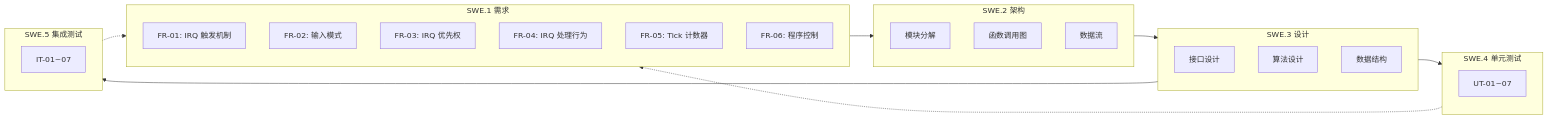
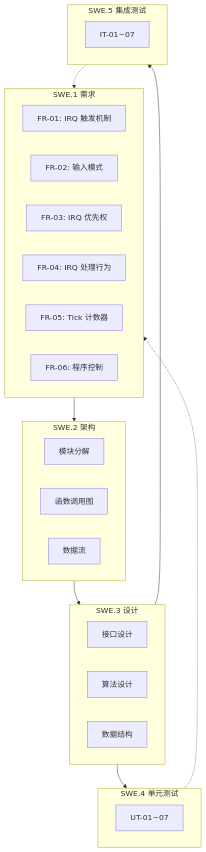
One commit to Shuming-Yang/trae-test changed the second of 2 diagrams in docs/index_cn.md. Above: the diagram before and after it, drawn with Mermaid. The commit also changed 2 other files, not shown here.

Commit message:
[BACKEND] Update index page

````diff
--- a/docs/index_cn.md
+++ b/docs/index_cn.md
@@ -66,38 +66,38 @@
 ```mermaid
-flowchart LR
+flowchart TB
     subgraph REQ["SWE.1 需求"]
         FR01["FR-01: IRQ 触发机制"]
         FR02["FR-02: 输入模式"]
         FR03["FR-03: IRQ 优先权"]
         FR04["FR-04: IRQ 处理行为"]
         FR05["FR-05: Tick 计数器"]
         FR06["FR-06: 程序控制"]
     end
 
     subgraph ARCH["SWE.2 架构"]
         AM1["模块分解"]
         AM2["函数调用图"]
         AM3["数据流"]
     end
 
     subgraph DES["SWE.3 设计"]
         DD1["接口设计"]
         DD2["算法设计"]
         DD3["数据结构"]
     end
 
     subgraph UT["SWE.4 单元测试"]
         UT01["UT-01~07"]
     end
 
     subgraph IT["SWE.5 集成测试"]
         IT01["IT-01~07"]
     end
 
     REQ --> ARCH
     ARCH --> DES
     DES --> UT
     DES --> IT
     UT -.-> REQ
     IT -.-> REQ
 ```
````
